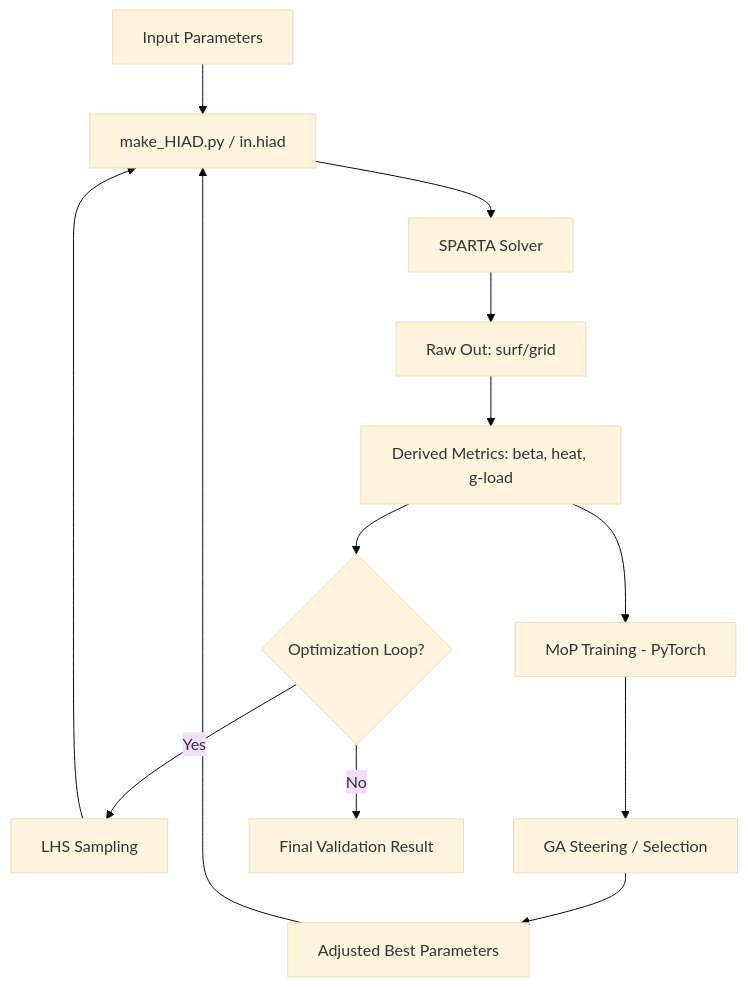
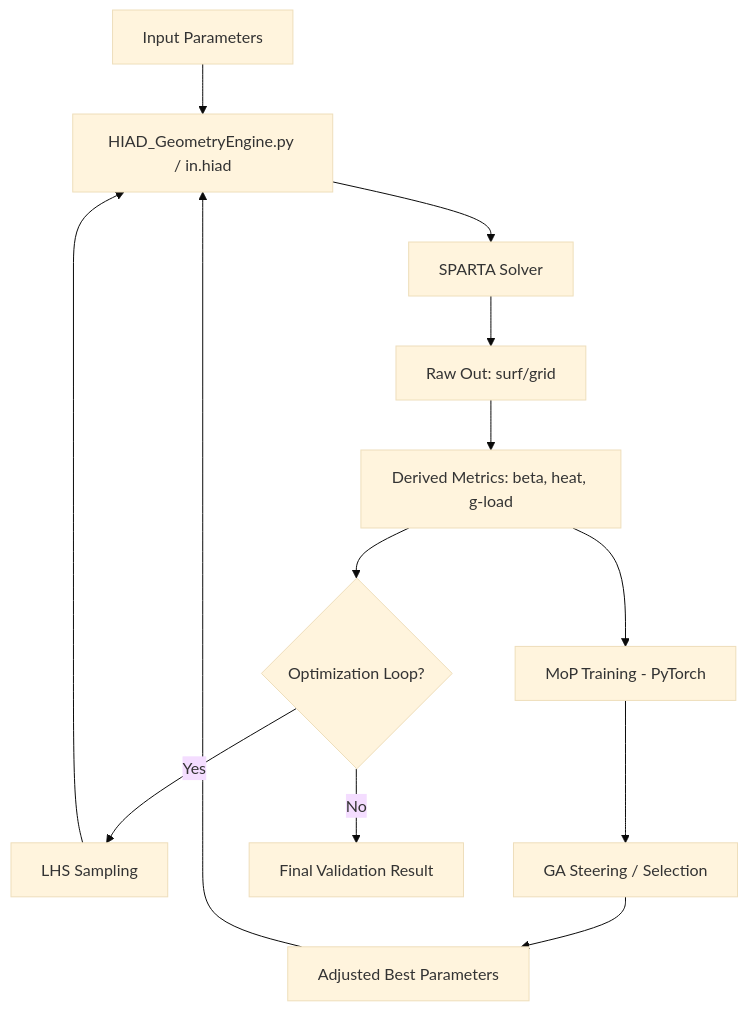
Before and after one commit to albertstarfield/StellarOrion_HypersonicEdition: the diagram in archnote.md, drawn with Mermaid (base theme). The commit also changed other lines of this file and 3 other files, not shown here.

Commit message:
refactor: rename geometry kernel to HIAD_GeometryEngine, improve numerical stability in visualizer, and increase upscaling output resolution.

````diff
--- a/archnote.md
+++ b/archnote.md
@@ -112,15 +112,15 @@
 ```mermaid
 graph TD
-    A[Input Parameters] --> B[make_HIAD.py / in.hiad]
+    A[Input Parameters] --> B[HIAD_GeometryEngine.py / in.hiad]
     B --> C[SPARTA Solver]
     C --> D[Raw Out: surf/grid]
     D --> E[Derived Metrics: beta, heat, g-load]
     E --> F{Optimization Loop?}
     F -- Yes --> G[LHS Sampling]
     G --> B
     E --> H[MoP Training - PyTorch]
     H --> I[GA Steering / Selection]
     I --> J[Adjusted Best Parameters]
     J --> B
     F -- No --> K[Final Validation Result]
 ```
````
